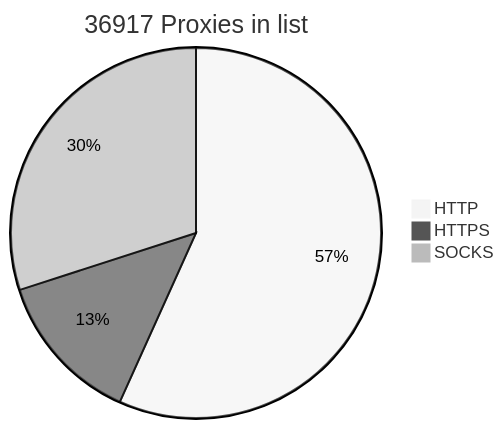
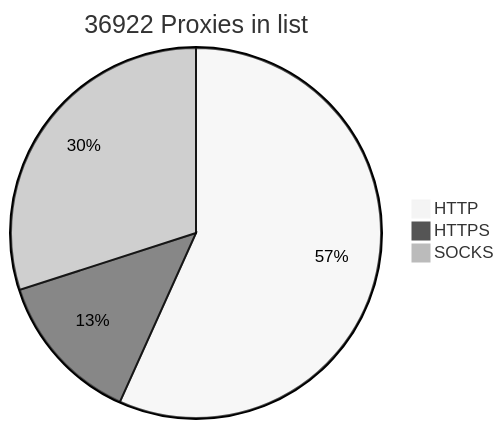
One commit to BlackSnowDot/proxylist-update-every-minute changed the diagram in README.md. Above: the diagram before and after it, drawn with Mermaid (neutral theme).

````diff
--- a/README.md
+++ b/README.md
@@ -2,6 +2,6 @@
 ```mermaid
-pie title 36917 Proxies in list
+pie title 36922 Proxies in list
     "HTTP" : 23286
-    "HTTPS": 5451
+    "HTTPS": 5456
     "SOCKS" : 12299
 ```
````
